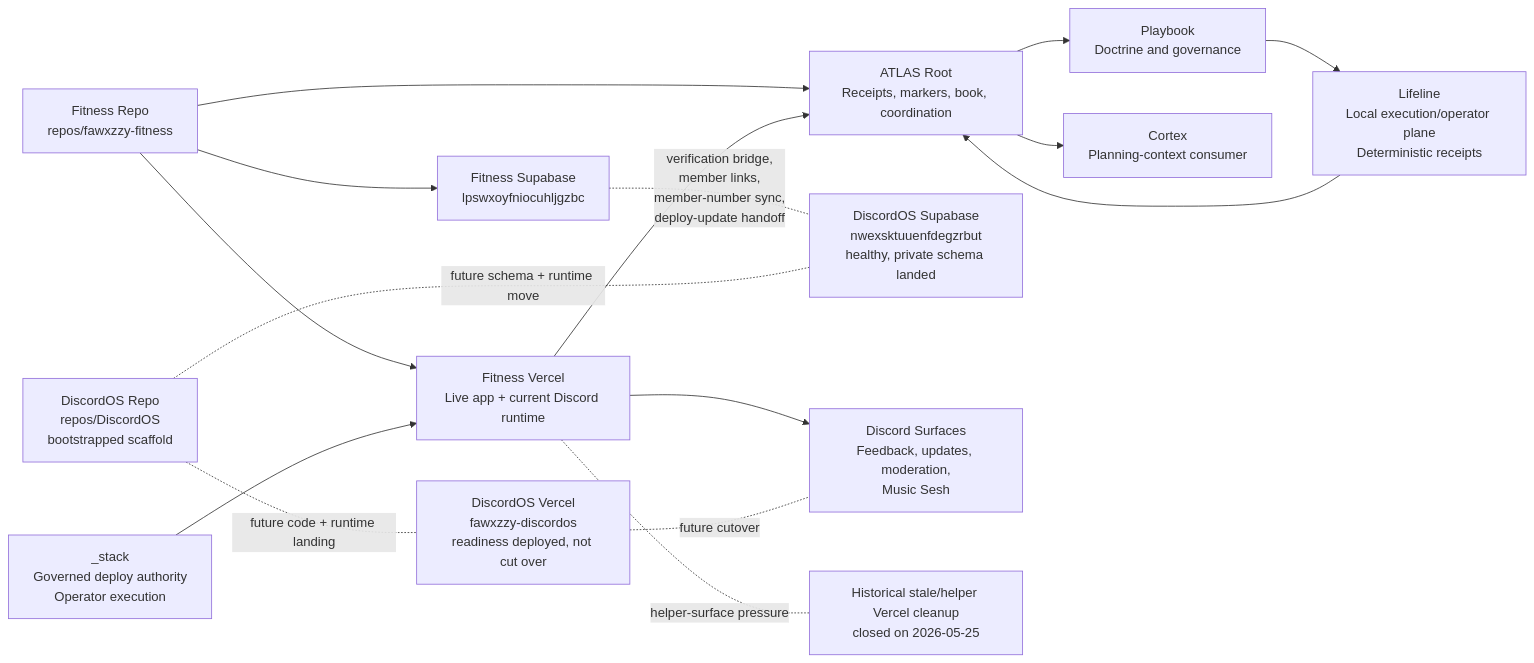
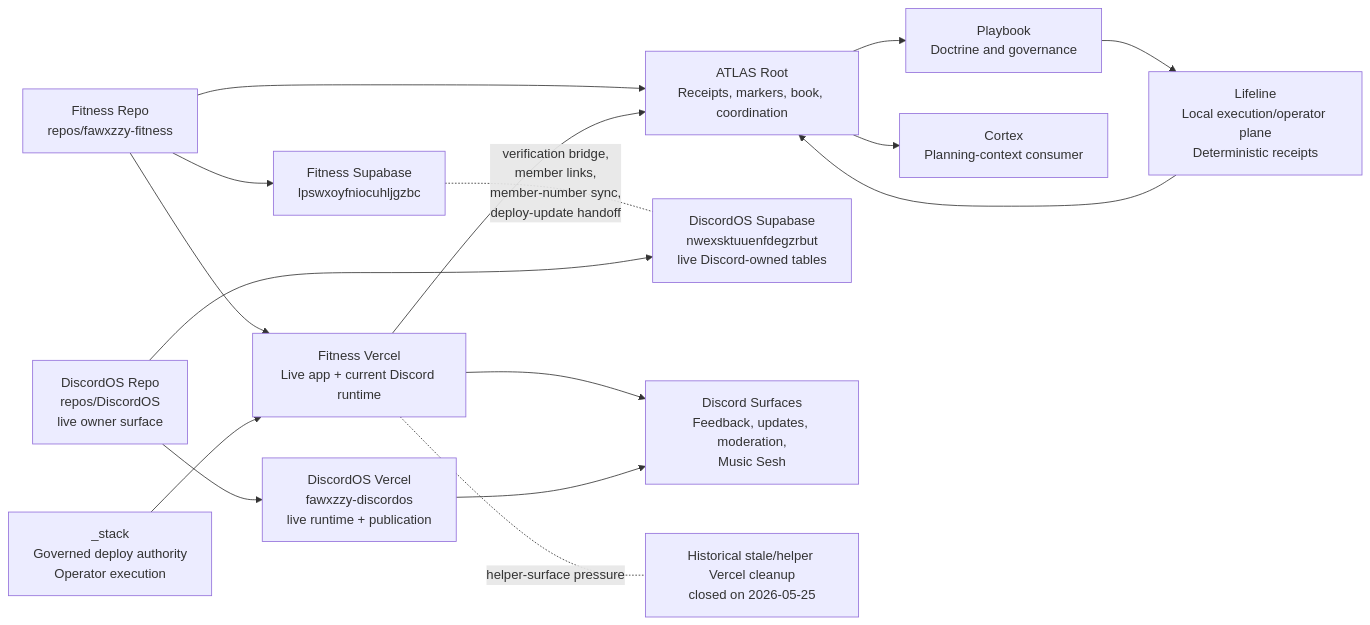
Before and after one commit to fawxzzy/ATLAS: the diagram in docs/atlas-book/11-system-map-graph.md, drawn with Mermaid. The commit also changed other lines of this file and 27 other files, not shown here.

````diff
--- a/docs/atlas-book/11-system-map-graph.md
+++ b/docs/atlas-book/11-system-map-graph.md
@@ -313,34 +318,34 @@
 ```mermaid
 flowchart LR
   ATLAS["ATLAS Root\nReceipts, markers, book, coordination"]
   STACK["_stack\nGoverned deploy authority\nOperator execution"]
   PLAYBOOK["Playbook\nDoctrine and governance"]
   CORTEX["Cortex\nPlanning-context consumer"]
   LIFELINE["Lifeline\nLocal execution/operator plane\nDeterministic receipts"]
   FITNESS_REPO["Fitness Repo\nrepos/fawxzzy-fitness"]
   FITNESS_VERCEL["Fitness Vercel\nLive app + current Discord runtime"]
   FITNESS_DB["Fitness Supabase\nlpswxoyfniocuhljgzbc"]
-  DISCORDOS_REPO["DiscordOS Repo\nrepos/DiscordOS\nbootstrapped scaffold"]
-  DISCORDOS_VERCEL["DiscordOS Vercel\nfawxzzy-discordos\nreadiness deployed, not cut over"]
-  DISCORDOS_DB["DiscordOS Supabase\nnwexsktuuenfdegzrbut\nhealthy, private schema landed"]
+  DISCORDOS_REPO["DiscordOS Repo\nrepos/DiscordOS\nlive owner surface"]
+  DISCORDOS_VERCEL["DiscordOS Vercel\nfawxzzy-discordos\nlive runtime + publication"]
+  DISCORDOS_DB["DiscordOS Supabase\nnwexsktuuenfdegzrbut\nlive Discord-owned tables"]
   DISCORD["Discord Surfaces\nFeedback, updates, moderation,\nMusic Sesh"]
   STALE["Historical stale/helper Vercel cleanup\nclosed on 2026-05-25"]
 
   FITNESS_REPO --> FITNESS_VERCEL
   FITNESS_VERCEL --> DISCORD
   FITNESS_REPO --> FITNESS_DB
   STACK --> FITNESS_VERCEL
   PLAYBOOK --> LIFELINE
   LIFELINE --> ATLAS
   FITNESS_REPO --> ATLAS
   FITNESS_VERCEL --> ATLAS
   ATLAS --> PLAYBOOK
   ATLAS --> CORTEX
 
   FITNESS_DB -. "verification bridge,\nmember links,\nmember-number sync,\ndeploy-update handoff" .- DISCORDOS_DB
-  DISCORDOS_REPO -. "future code + runtime landing" .- DISCORDOS_VERCEL
-  DISCORDOS_VERCEL -. "future cutover" .- DISCORD
-  DISCORDOS_REPO -. "future schema + runtime move" .- DISCORDOS_DB
+  DISCORDOS_REPO --> DISCORDOS_VERCEL
+  DISCORDOS_VERCEL --> DISCORD
+  DISCORDOS_REPO --> DISCORDOS_DB
 
   FITNESS_VERCEL -. "helper-surface pressure" .- STALE
 ```
````
